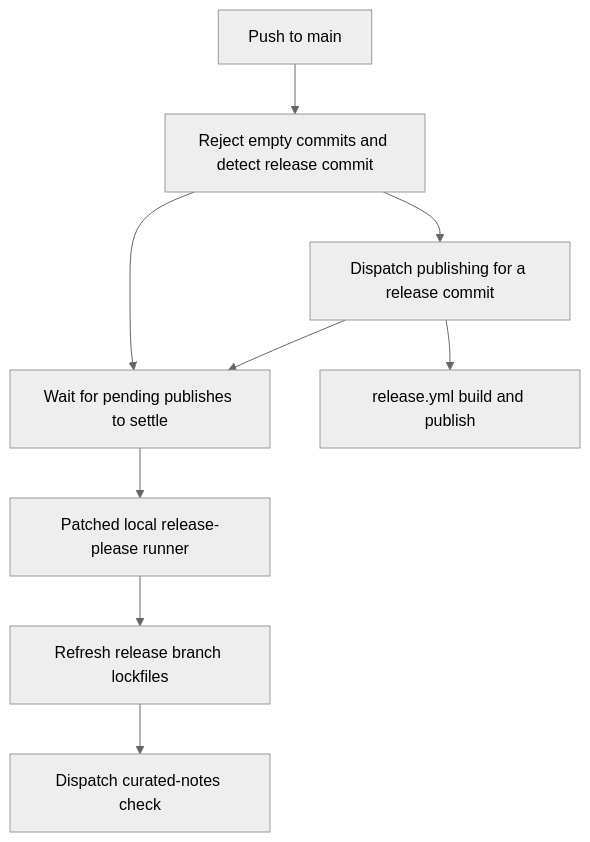
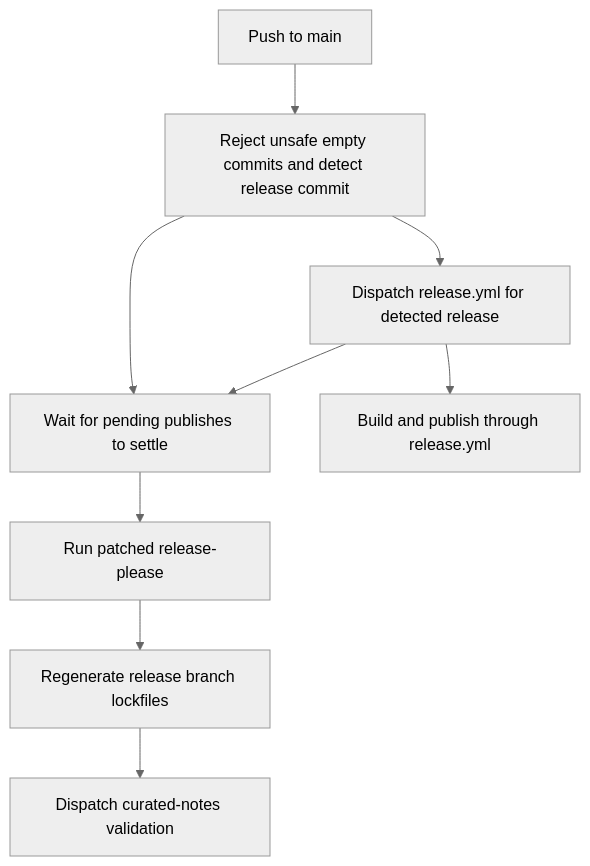
Before and after one commit to langchain-ai/deepagents: the second of 2 diagrams in openwiki/operations/development.md, drawn with Mermaid (neutral theme). The commit also changed other lines of this file and 22 other files, not shown here.

````diff
--- a/openwiki/operations/development.md
+++ b/openwiki/operations/development.md
@@ -122,11 +142,11 @@
 ```mermaid
 flowchart TD
-    Push["Push to main"] --> Detect["Reject empty commits and detect release commit"]
-    Detect --> Dispatch["Dispatch publishing for a release commit"]
+    Push["Push to main"] --> Detect["Reject unsafe empty commits and detect release commit"]
+    Detect --> Dispatch["Dispatch release.yml for detected release"]
     Detect --> Guard["Wait for pending publishes to settle"]
     Dispatch --> Guard
-    Guard --> Runner["Patched local release-please runner"]
-    Runner --> Locks["Refresh release branch lockfiles"]
-    Locks --> Notes["Dispatch curated-notes check"]
-    Dispatch --> Publish["release.yml build and publish"]
+    Guard --> Runner["Run patched release-please"]
+    Runner --> Locks["Regenerate release branch lockfiles"]
+    Locks --> Notes["Dispatch curated-notes validation"]
+    Dispatch --> Publish["Build and publish through release.yml"]
 ```
````
